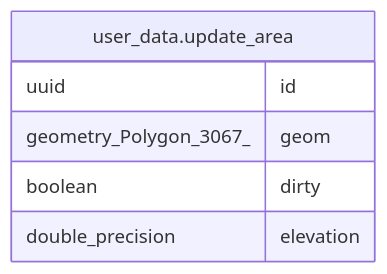
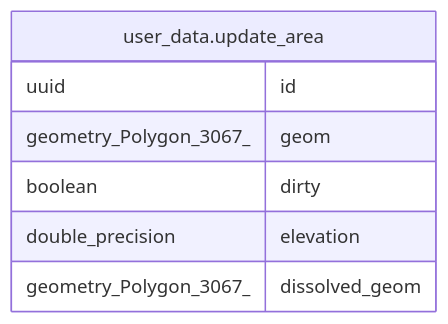
One commit to nlsfi/pinta changed the diagram in components/db/docs/job_db/user_data.update_area.md. Above: the diagram before and after it, drawn with Mermaid. The commit also changed other lines of this file and 1 other file, not shown here.

````diff
--- a/components/db/docs/job_db/user_data.update_area.md
+++ b/components/db/docs/job_db/user_data.update_area.md
@@ -33,11 +35,12 @@
 ```mermaid
 erDiagram
 
 
 "user_data.update_area" {
   uuid id
   geometry_Polygon_3067_ geom
   boolean dirty
   double_precision elevation
+  geometry_Polygon_3067_ dissolved_geom
 }
 ```
````
